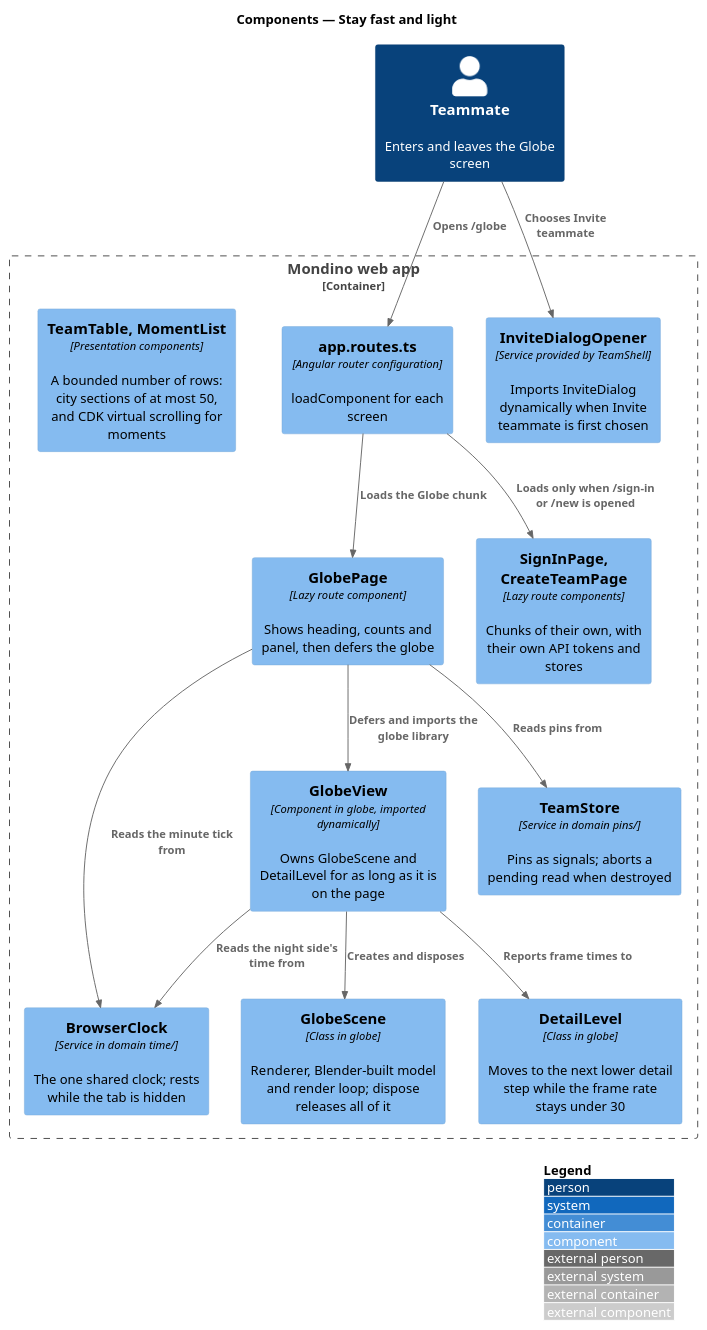
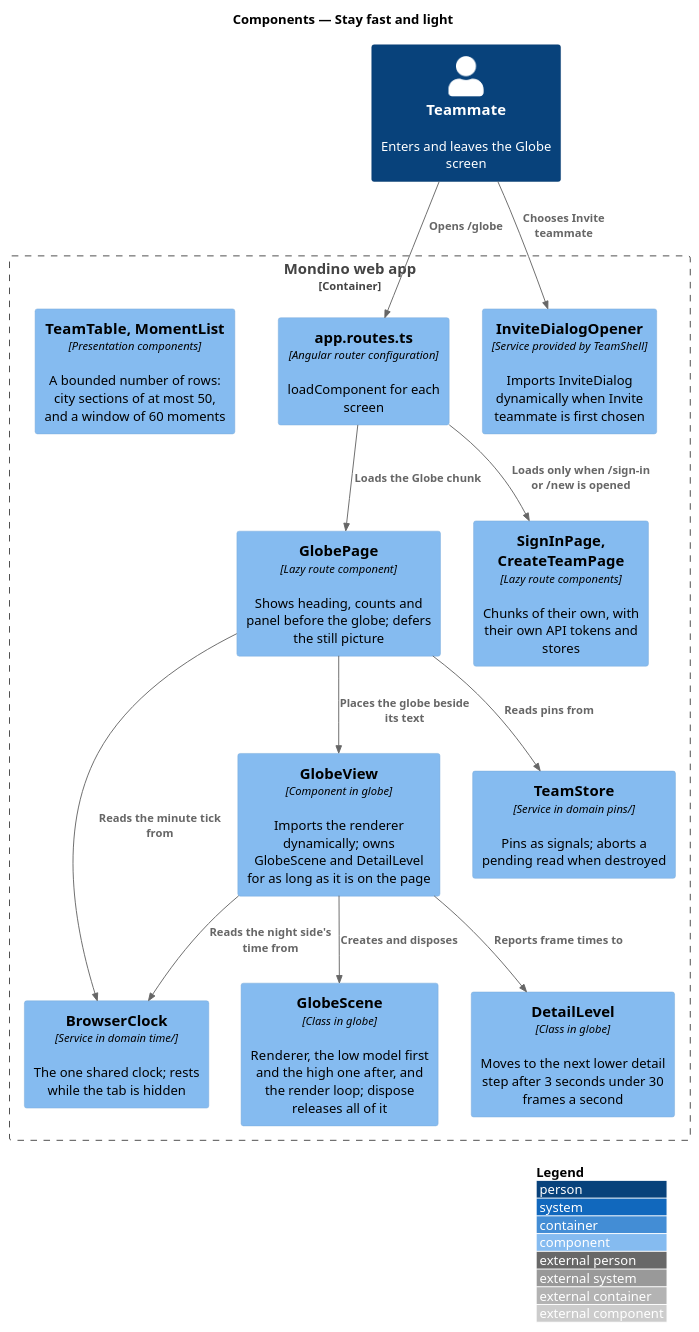
One commit to QuinntyneBrown/Mondino changed the diagram in docs/detailed-designs/platform/stay-fast-and-light/diagrams/c4-component.puml. Above: the diagram before and after it, drawn with PlantUML. The commit also changed 12 other files, not shown here.

Commit message:
Decide how the Globe loads fast and steps its detail down

```diff
--- a/docs/detailed-designs/platform/stay-fast-and-light/diagrams/c4-component.puml
+++ b/docs/detailed-designs/platform/stay-fast-and-light/diagrams/c4-component.puml
@@ -1,29 +1,29 @@
 @startuml
 !include <C4/C4_Component>
 LAYOUT_WITH_LEGEND()
 title Components — Stay fast and light
 
 Person(teammate, "Teammate", "Enters and leaves the Globe screen")
 Container_Boundary(spa, "Mondino web app") {
   Component(routes, "app.routes.ts", "Angular router configuration", "loadComponent for each screen")
-  Component(page, "GlobePage", "Lazy route component", "Shows heading, counts and panel, then defers the globe")
-  Component(view, "GlobeView", "Component in globe, imported dynamically", "Owns GlobeScene and DetailLevel for as long as it is on the page")
-  Component(scene, "GlobeScene", "Class in globe", "Renderer, Blender-built model and render loop; dispose releases all of it")
-  Component(detail, "DetailLevel", "Class in globe", "Moves to the next lower detail step while the frame rate stays under 30")
+  Component(page, "GlobePage", "Lazy route component", "Shows heading, counts and panel before the globe; defers the still picture")
+  Component(view, "GlobeView", "Component in globe", "Imports the renderer dynamically; owns GlobeScene and DetailLevel for as long as it is on the page")
+  Component(scene, "GlobeScene", "Class in globe", "Renderer, the low model first and the high one after, and the render loop; dispose releases all of it")
+  Component(detail, "DetailLevel", "Class in globe", "Moves to the next lower detail step after 3 seconds under 30 frames a second")
   Component(clock, "BrowserClock", "Service in domain time/", "The one shared clock; rests while the tab is hidden")
   Component(store, "TeamStore", "Service in domain pins/", "Pins as signals; aborts a pending read when destroyed")
   Component(opener, "InviteDialogOpener", "Service provided by TeamShell", "Imports InviteDialog dynamically when Invite teammate is first chosen")
   Component(auth, "SignInPage, CreateTeamPage", "Lazy route components", "Chunks of their own, with their own API tokens and stores")
-  Component(lists, "TeamTable, MomentList", "Presentation components", "A bounded number of rows: city sections of at most 50, and CDK virtual scrolling for moments")
+  Component(lists, "TeamTable, MomentList", "Presentation components", "A bounded number of rows: city sections of at most 50, and a window of 60 moments")
 }
 Rel(teammate, routes, "Opens /globe")
 Rel(routes, page, "Loads the Globe chunk")
 Rel(routes, auth, "Loads only when /sign-in or /new is opened")
 Rel(teammate, opener, "Chooses Invite teammate")
-Rel(page, view, "Defers and imports the globe library")
+Rel(page, view, "Places the globe beside its text")
 Rel(view, scene, "Creates and disposes")
 Rel(view, detail, "Reports frame times to")
 Rel(view, clock, "Reads the night side's time from")
 Rel(page, store, "Reads pins from")
 Rel(page, clock, "Reads the minute tick from")
 @enduml
```
